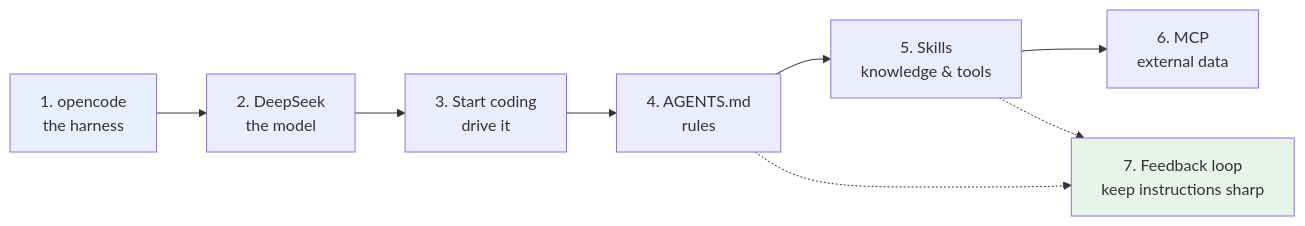
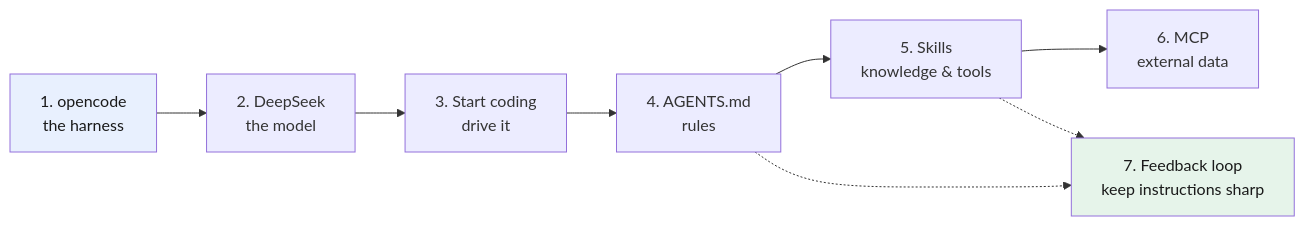
Before and after one commit to ethaizone/ai-training-for-software-developer: the diagram in README.md, drawn with Mermaid. The commit also changed 7 other files, not shown here.

Commit message:
Fix Mermaid node text for dark mode; force dark color on styled nodes

````diff
--- a/README.md
+++ b/README.md
@@ -22,12 +22,12 @@
 ```mermaid
 flowchart LR
     A["1. opencode<br/>the harness"] --> B["2. DeepSeek<br/>the model"]
     B --> C["3. Start coding<br/>drive it"]
     C --> D["4. AGENTS.md<br/>rules"]
     D --> E["5. Skills<br/>knowledge & tools"]
     E --> F["6. MCP<br/>external data"]
     D -.-> G["7. Feedback loop<br/>keep instructions sharp"]
     E -.-> G
-    style A fill:#e8f0fe
-    style G fill:#e6f4ea
+    style A fill:#e8f0fe,color:#1a1a1a
+    style G fill:#e6f4ea,color:#1a1a1a
 ```
````
